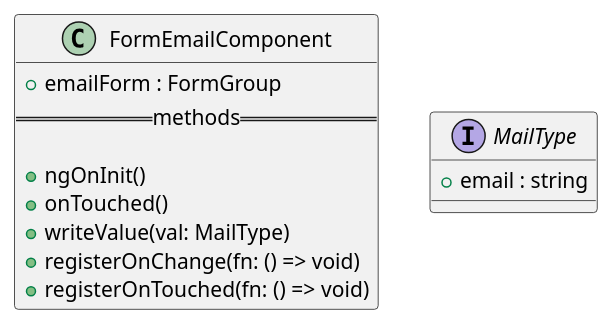
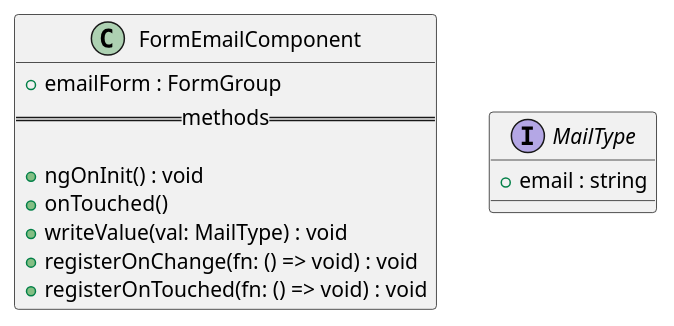
The diagram in docs/diagrams/view/components/FormEmailComponent.pu (GruppOne/stalker-web-app), drawn with PlantUML before and after one commit. The commit also changed 16 other files, not shown here.

```diff
--- a/docs/diagrams/view/components/FormEmailComponent.pu
+++ b/docs/diagrams/view/components/FormEmailComponent.pu
@@ -1,16 +1,16 @@
 @startuml FormEmailComponent diagram
 class FormEmailComponent {
   + emailForm : FormGroup
   ==methods==
 
-  + ngOnInit()
+  + ngOnInit() : void
   + onTouched()
-  + writeValue(val: MailType)
-  + registerOnChange(fn: () => void)
-  + registerOnTouched(fn: () => void)
+  + writeValue(val: MailType) : void
+  + registerOnChange(fn: () => void) : void
+  + registerOnTouched(fn: () => void) : void
 }
 
 interface MailType {
   + email : string
 }
 @enduml
```
